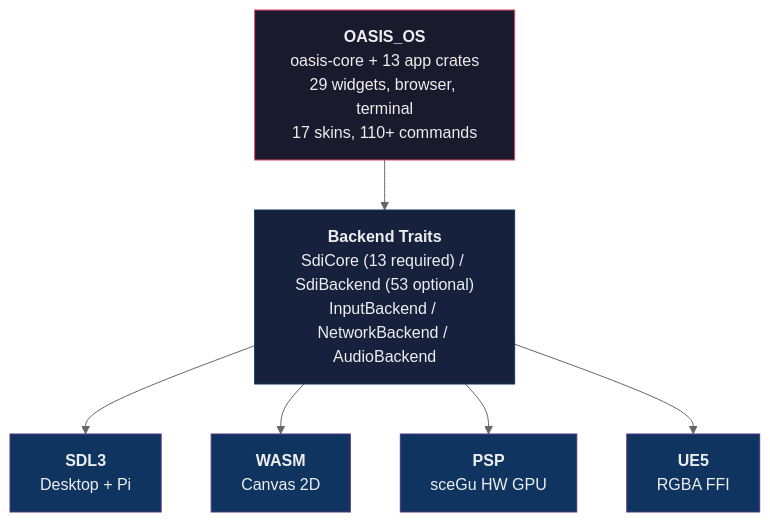
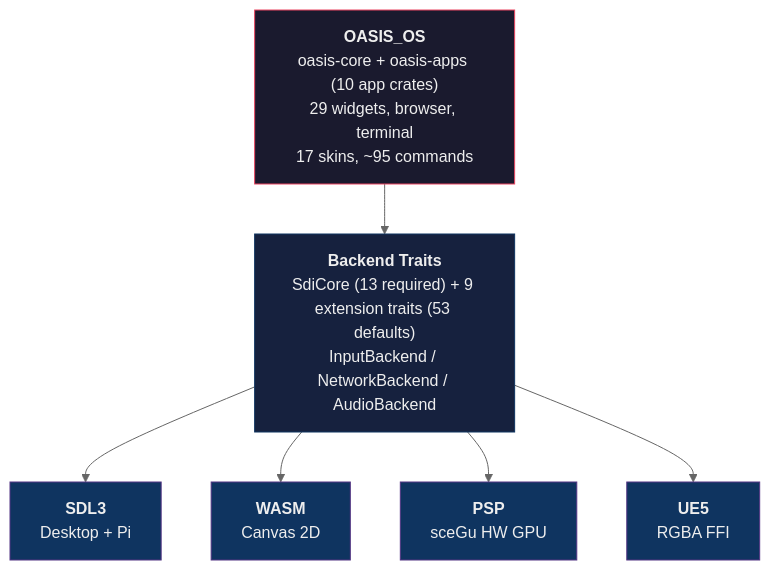
The diagram in README.md (AndrewAltimit/oasis-os), drawn with Mermaid (neutral theme) before and after one commit. The commit also changed other lines of this file and 770 other files, not shown here.

First line of the commit message:
Overhaul: site revamp, architecture & crate layout cleanup, browser security, docs (#190)

````diff
--- a/README.md
+++ b/README.md
@@ -54,23 +91,23 @@
 ```mermaid
 graph TD
-    APP["<b>OASIS_OS</b><br/>oasis-core + 13 app crates<br/>29 widgets, browser, terminal<br/>17 skins, 110+ commands"]
-    TRAITS["<b>Backend Traits</b><br/>SdiCore (13 required) / SdiBackend (53 optional)<br/>InputBackend / NetworkBackend / AudioBackend"]
+    APP["<b>OASIS_OS</b><br/>oasis-core + oasis-apps (10 app crates)<br/>29 widgets, browser, terminal<br/>17 skins, ~95 commands"]
+    TRAITS["<b>Backend Traits</b><br/>SdiCore (13 required) + 9 extension traits (53 defaults)<br/>InputBackend / NetworkBackend / AudioBackend"]
 
     SDL["<b>SDL3</b><br/>Desktop + Pi"]
     WASM["<b>WASM</b><br/>Canvas 2D"]
     PSP["<b>PSP</b><br/>sceGu HW GPU"]
     UE5["<b>UE5</b><br/>RGBA FFI"]
 
     APP --> TRAITS
     TRAITS --> SDL
     TRAITS --> WASM
     TRAITS --> PSP
     TRAITS --> UE5
 
     style APP fill:#1a1a2e,stroke:#e94560,color:#eee
     style TRAITS fill:#16213e,stroke:#0f3460,color:#eee
     style SDL fill:#0f3460,stroke:#533483,color:#eee
     style WASM fill:#0f3460,stroke:#533483,color:#eee
     style PSP fill:#0f3460,stroke:#533483,color:#eee
     style UE5 fill:#0f3460,stroke:#533483,color:#eee
 ```
````
